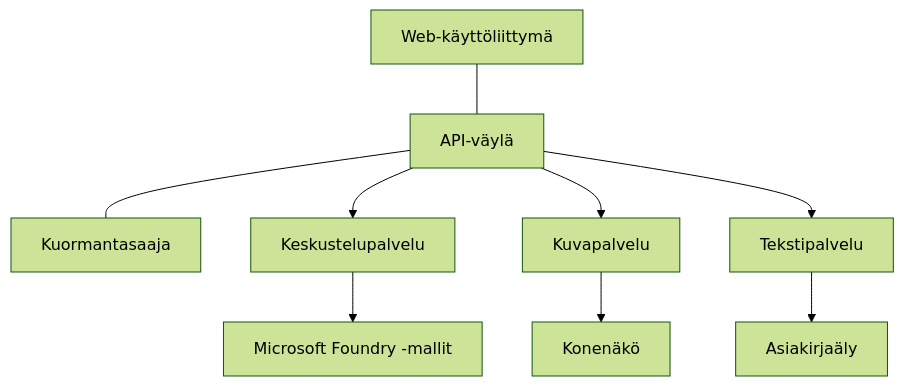
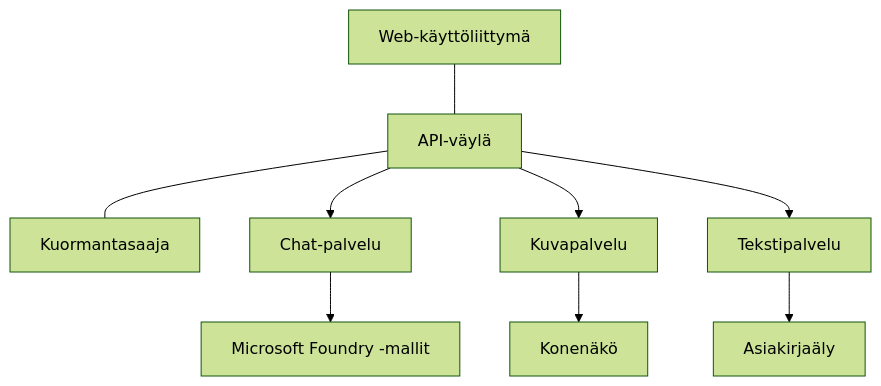
Before and after one commit to microsoft/AZD-for-beginners: the diagram in translations/fi/docs/chapter-08-production/production-ai-practices.md, drawn with Mermaid (forest theme). The commit also changed other lines of this file and 104 other files, not shown here.

````diff
--- a/translations/fi/docs/chapter-08-production/production-ai-practices.md
+++ b/translations/fi/docs/chapter-08-production/production-ai-practices.md
@@ -30,10 +30,10 @@
 ```mermaid
 graph TD
     Frontend[Web-käyttöliittymä] --- Gateway[API-väylä] --- LB[Kuormantasaaja]
-    Gateway --> Chat[Keskustelupalvelu]
+    Gateway --> Chat[Chat-palvelu]
     Gateway --> Image[Kuvapalvelu]
     Gateway --> Text[Tekstipalvelu]
     Chat --> OpenAI[Microsoft Foundry -mallit]
     Image --> Vision[Konenäkö]
     Text --> DocIntel[Asiakirjaäly]
 ```
````
